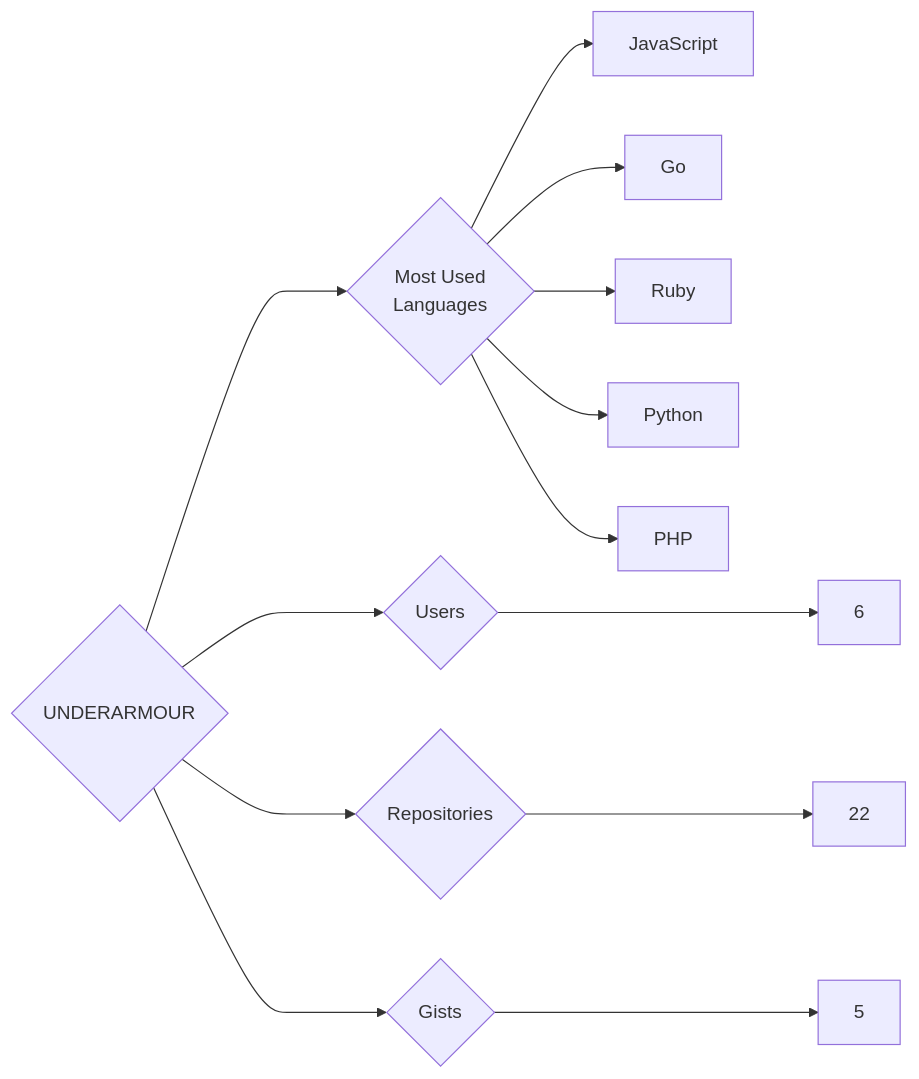
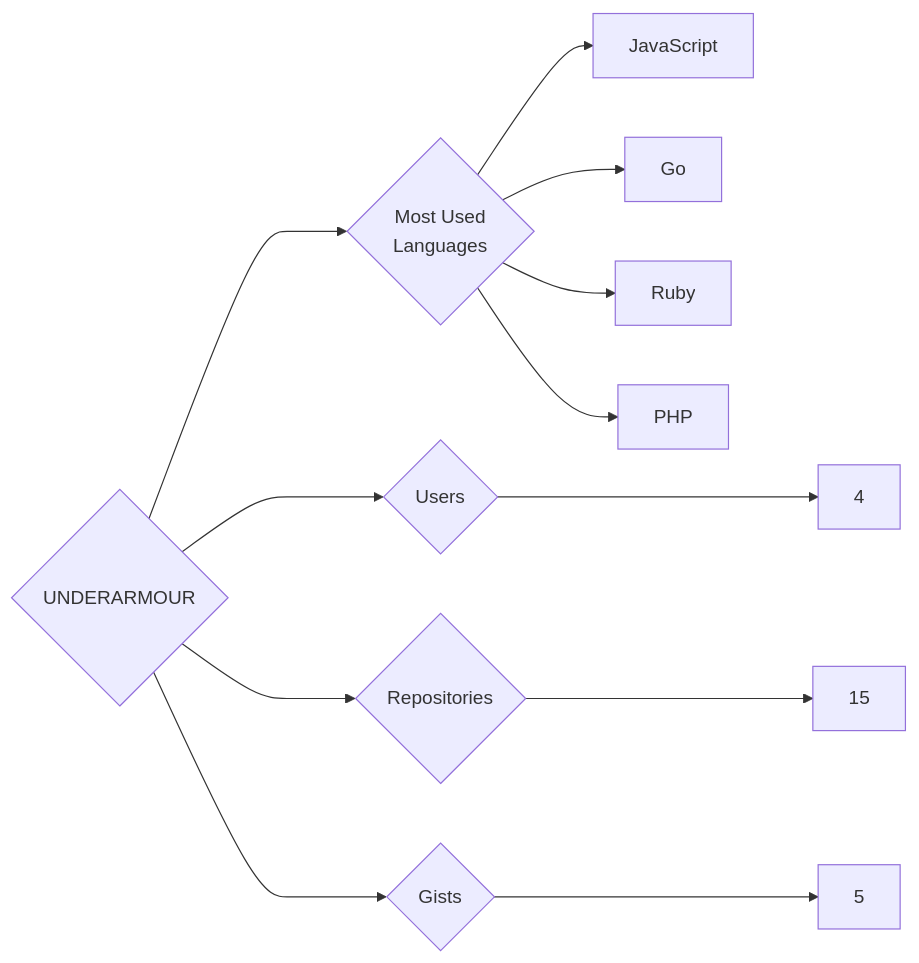
One commit to trickest/insiders changed the diagram in targets/UNDERARMOUR/README.md. Above: the diagram before and after it, drawn with Mermaid. The commit also changed 1389 other files, not shown here.

````diff
--- a/targets/UNDERARMOUR/README.md
+++ b/targets/UNDERARMOUR/README.md
@@ -3,13 +3,12 @@
 ```mermaid
 graph LR
 COMPANY_NAME{UNDERARMOUR}
-COMPANY_NAME ---> U{Users} ---> UN[6]
-COMPANY_NAME ---> R{Repositories} ---> RN[22]
+COMPANY_NAME ---> U{Users} ---> UN[4]
+COMPANY_NAME ---> R{Repositories} ---> RN[15]
 COMPANY_NAME ---> G{Gists} ---> GN[5]
 COMPANY_NAME ---> ML{Most Used<br>Languages}
 ML --> JavaScript[JavaScript]
 ML --> Go[Go]
 ML --> Ruby[Ruby]
-ML --> Python[Python]
 ML --> PHP[PHP]
 ```
````
